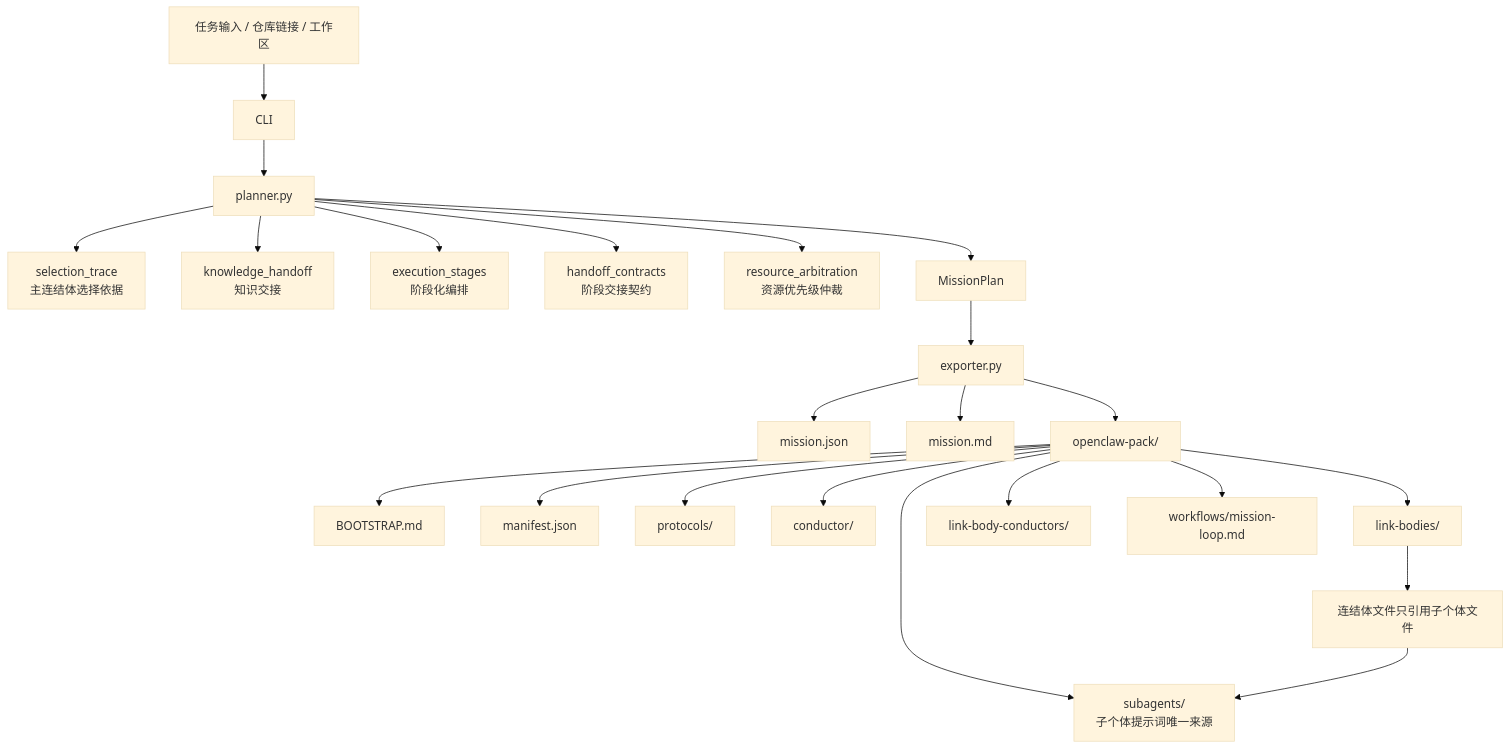
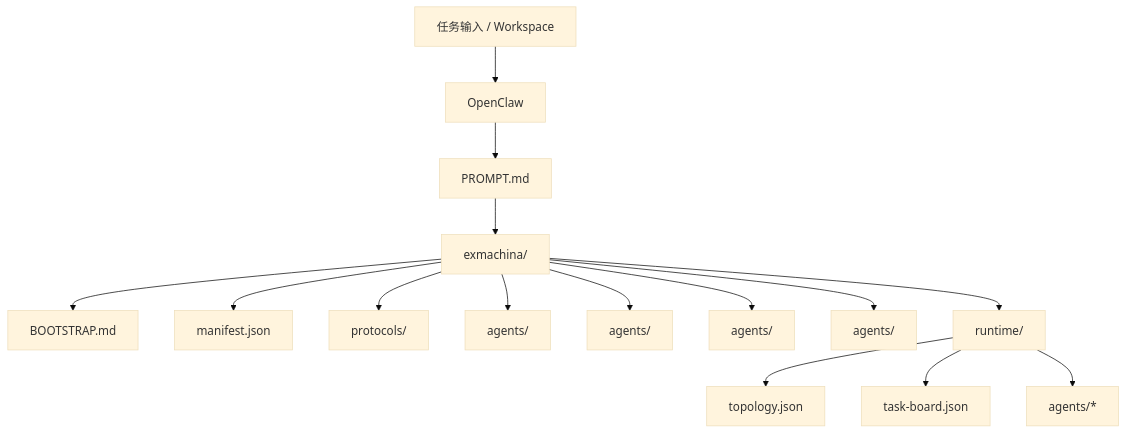
The diagram in README.md (KurohaneKaoruko/ExMachina-Agents), drawn with Mermaid (base theme) before and after one commit. The commit also changed other lines of this file and 238 other files, not shown here.

````diff
--- a/README.md
+++ b/README.md
@@ -284,29 +141,17 @@
 ```mermaid
 flowchart TD
-    U[任务输入 / 仓库链接 / 工作区] --> CLI[CLI]
-    CLI --> P[planner.py]
-
-    P --> SEL[selection_trace\n主连结体选择依据]
-    P --> KH[knowledge_handoff\n知识交接]
-    P --> ES[execution_stages\n阶段化编排]
-    P --> HC[handoff_contracts\n阶段交接契约]
-    P --> RA[resource_arbitration\n资源优先级仲裁]
-    P --> MP[MissionPlan]
-
-    MP --> EXP[exporter.py]
-    EXP --> MJ[mission.json]
-    EXP --> MM[mission.md]
-    EXP --> PACK[openclaw-pack/]
-
+    U[任务输入 / Workspace] --> OC[OpenClaw]
+    OC --> P[PROMPT.md]
+    P --> PACK[exmachina/]
     PACK --> BOOT[BOOTSTRAP.md]
     PACK --> MANI[manifest.json]
     PACK --> PROTO[protocols/]
-    PACK --> COND[conductor/]
-    PACK --> LB[link-bodies/]
-    PACK --> LC[link-body-conductors/]
-    PACK --> SA[subagents/\n子个体提示词唯一来源]
-    PACK --> FLOW[workflows/mission-loop.md]
-
-    LB --> REF[连结体文件只引用子个体文件]
-    REF --> SA
+    PACK --> COND[agents/]
+    PACK --> BODIES[agents/]
+    PACK --> BODYC[agents/]
+    PACK --> SUBS[agents/]
+    PACK --> RUNTIME[runtime/]
+    RUNTIME --> TOP[topology.json]
+    RUNTIME --> TASK[task-board.json]
+    RUNTIME --> AGENTS[agents/*]
 ```
````
